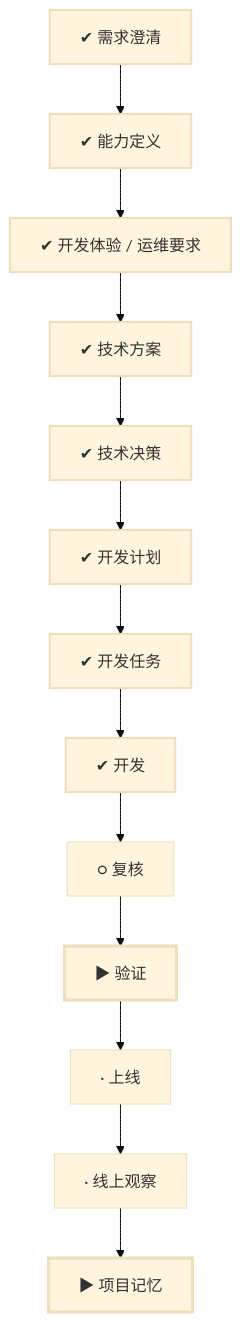
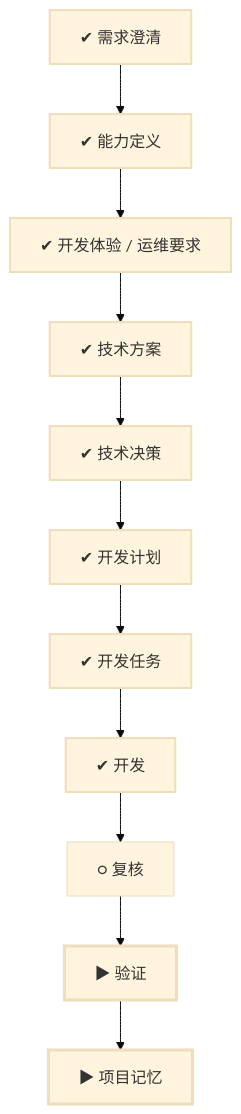
Before and after one commit to charon2121/cherry-oj: the diagram in development/works/WORK-026/00-work.md, drawn with Mermaid (base theme). The commit also changed other lines of this file and 85 other files, not shown here.

````diff
--- a/development/works/WORK-026/00-work.md
+++ b/development/works/WORK-026/00-work.md
@@ -43,23 +43,21 @@
 ```mermaid
 flowchart TD
     clarify["✔ 需求澄清"]
     definition["✔ 能力定义"]
     experience["✔ 开发体验 / 运维要求"]
     design["✔ 技术方案"]
     decision["✔ 技术决策"]
     plan["✔ 开发计划"]
     tasks["✔ 开发任务"]
     development["✔ 开发"]
     review["○ 复核"]
     verification["▶ 验证"]
-    release["· 上线"]
-    observe["· 线上观察"]
     memory["▶ 项目记忆"]
-    clarify --> definition --> experience --> design --> decision --> plan --> tasks --> development --> review --> verification --> release --> observe --> memory
+    clarify --> definition --> experience --> design --> decision --> plan --> tasks --> development --> review --> verification --> memory
     classDef done stroke-width:2px
     classDef doing stroke-width:3px
     classDef skipped stroke-dasharray:4 3
     classDef blocked stroke-width:3px,stroke-dasharray:2 2
     class clarify,definition,experience,design,decision,plan,tasks,development done
     class verification,memory doing
 ```
````
